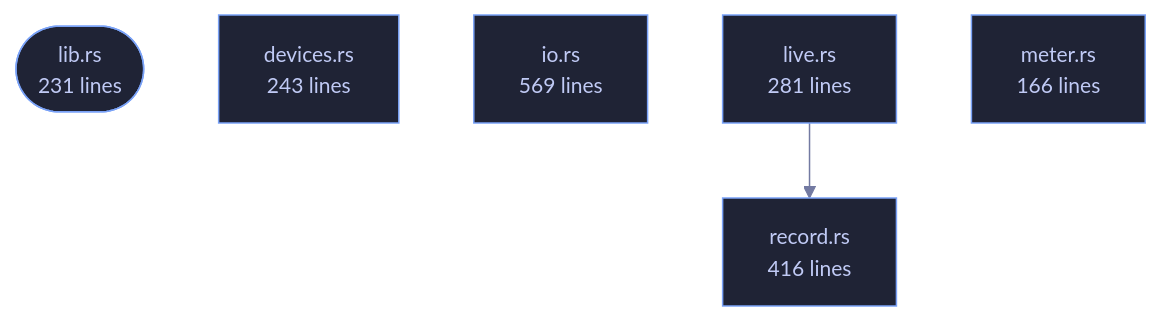
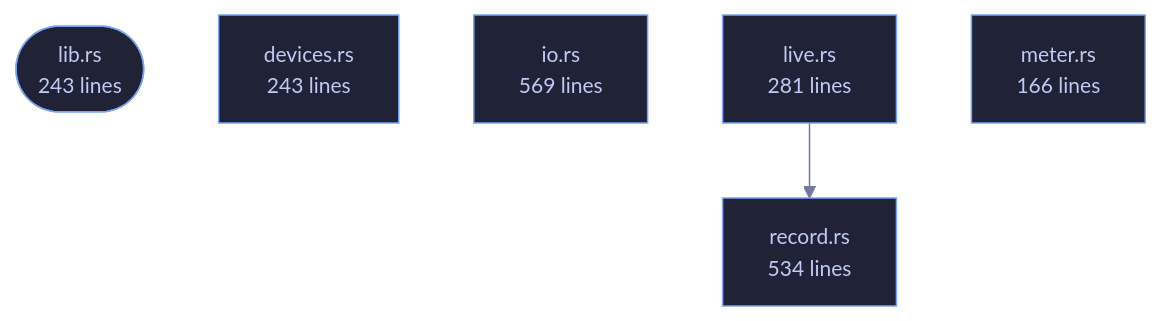
Before and after one commit to tilas01/veilvoice: the diagram in crates/veilvoice-audio/README.md, drawn with Mermaid. The commit also changed other lines of this file and 46 other files, not shown here.

````diff
--- a/crates/veilvoice-audio/README.md
+++ b/crates/veilvoice-audio/README.md
@@ -80,17 +80,17 @@
 ```mermaid
 %%{init: {"theme":"base","themeVariables":{"background":"#1a1b26","primaryColor":"#1f2335","primaryTextColor":"#c0caf5","primaryBorderColor":"#7aa2f7","secondaryColor":"#16161e","tertiaryColor":"#16161e","lineColor":"#737aa2","textColor":"#c0caf5","mainBkg":"#1f2335","nodeBorder":"#7aa2f7","clusterBkg":"#16161e","clusterBorder":"#2f3549","fontFamily":"ui-monospace, SFMono-Regular, Consolas, monospace","fontSize":"14px"}}}%%
 flowchart TD
-    n_lib(["lib.rs<br/>231 lines"])
+    n_lib(["lib.rs<br/>243 lines"])
     n_devices["devices.rs<br/>243 lines"]
     n_io["io.rs<br/>569 lines"]
     n_live["live.rs<br/>281 lines"]
     n_meter["meter.rs<br/>166 lines"]
-    n_record["record.rs<br/>416 lines"]
+    n_record["record.rs<br/>534 lines"]
     n_live --> n_record
     click n_lib href "https://github.com/tilas01/veilvoice/blob/main/crates/veilvoice-audio/src/lib.rs" "open the source"
     click n_devices href "https://github.com/tilas01/veilvoice/blob/main/crates/veilvoice-audio/src/devices.rs" "open the source"
     click n_io href "https://github.com/tilas01/veilvoice/blob/main/crates/veilvoice-audio/src/io.rs" "open the source"
     click n_live href "https://github.com/tilas01/veilvoice/blob/main/crates/veilvoice-audio/src/live.rs" "open the source"
     click n_meter href "https://github.com/tilas01/veilvoice/blob/main/crates/veilvoice-audio/src/meter.rs" "open the source"
     click n_record href "https://github.com/tilas01/veilvoice/blob/main/crates/veilvoice-audio/src/record.rs" "open the source"
 ```
````
